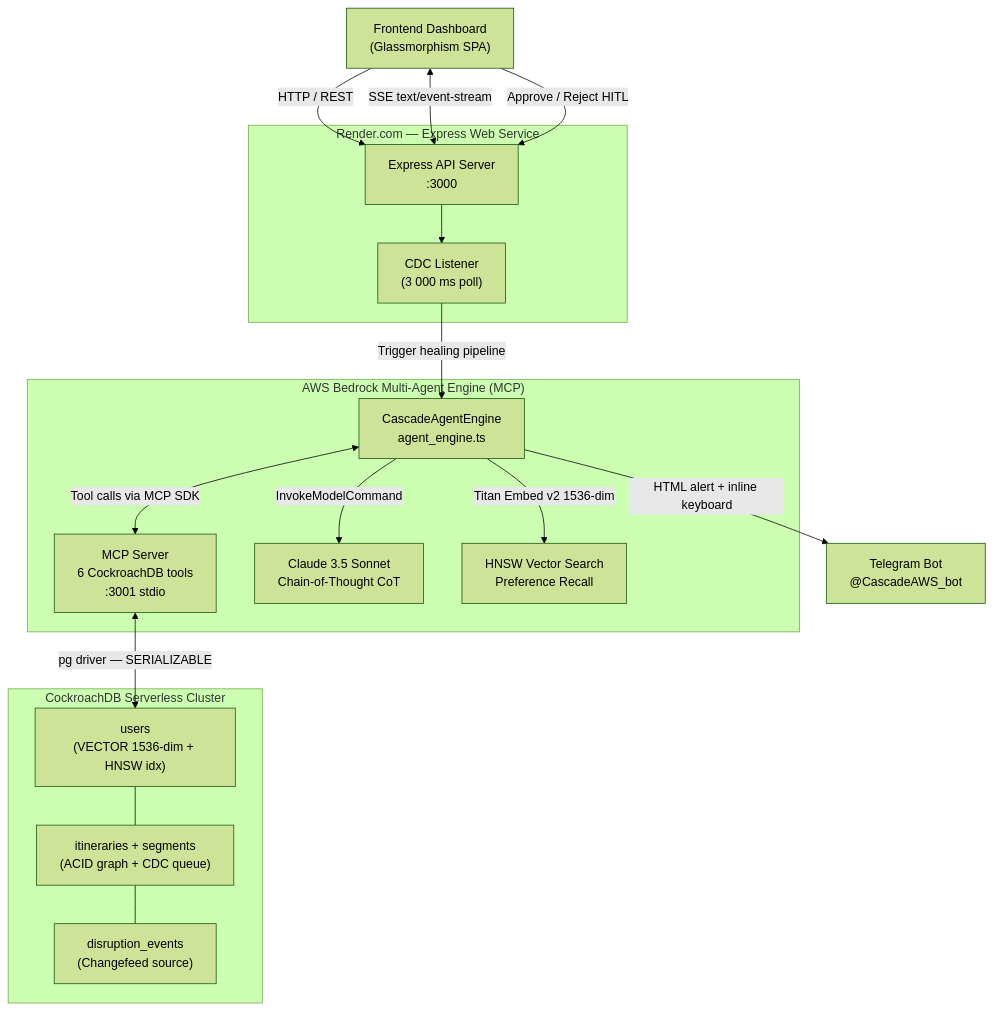
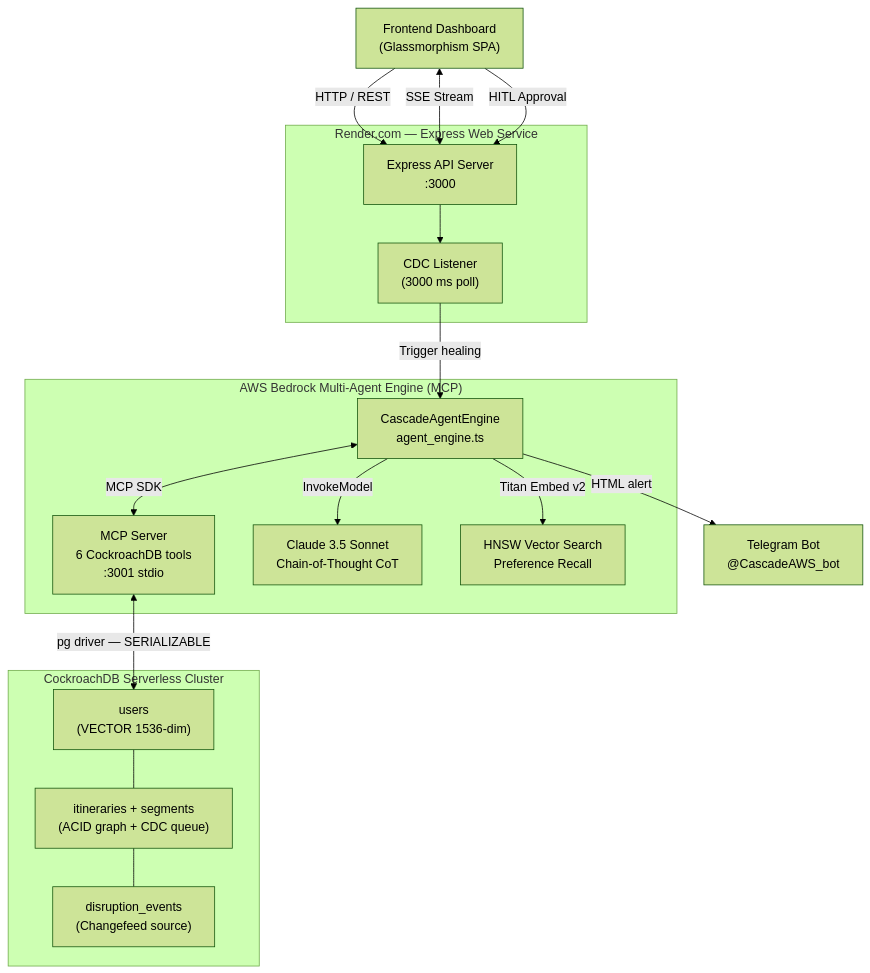
Before and after one commit to Shvirlok/Cascade: the diagram in README.md, drawn with Mermaid (forest theme). The commit also changed other lines of this file, not shown here.

````diff
--- a/README.md
+++ b/README.md
@@ -66,33 +62,36 @@
 ```mermaid
 flowchart TD
-    A["Frontend Dashboard\n(Glassmorphism SPA)"] -->|HTTP / REST| B
-    A <-->|SSE text/event-stream| B
+    A["Frontend Dashboard\n(Glassmorphism SPA)"] -->|HTTP / REST| B["Express API Server\n:3000"]
+    A <-->|SSE Stream| B
+    A -->|HITL Approval| B
 
-    subgraph RENDER["Render.com — Express Web Service"]
-        B["Express API Server\n:3000"]
-        C["CDC Listener\n(3 000 ms poll)"]
+    subgraph RENDER ["Render.com — Express Web Service"]
+        B
+        C["CDC Listener\n(3000 ms poll)"]
         B --> C
     end
 
-    C -->|Trigger healing pipeline| D
+    C -->|Trigger healing| D
 
-    subgraph BEDROCK["AWS Bedrock Multi-Agent Engine (MCP)"]
+    subgraph BEDROCK ["AWS Bedrock Multi-Agent Engine (MCP)"]
         D["CascadeAgentEngine\nagent_engine.ts"]
         E["MCP Server\n6 CockroachDB tools\n:3001 stdio"]
-        D <-->|Tool calls via MCP SDK| E
-        D -->|InvokeModelCommand| F["Claude 3.5 Sonnet\nChain-of-Thought CoT"]
-        D -->|Titan Embed v2 1536-dim| G["HNSW Vector Search\nPreference Recall"]
+        F["Claude 3.5 Sonnet\nChain-of-Thought CoT"]
+        G["HNSW Vector Search\nPreference Recall"]
+        
+        D <-->|MCP SDK| E
+        D -->|InvokeModel| F
+        D -->|Titan Embed v2| G
     end
 
     E <-->|pg driver — SERIALIZABLE| H
 
-    subgraph CRDB["CockroachDB Serverless Cluster"]
-        H["users\n(VECTOR 1536-dim + HNSW idx)"]
+    subgraph CRDB ["CockroachDB Serverless Cluster"]
+        H["users\n(VECTOR 1536-dim)"]
         I["itineraries + segments\n(ACID graph + CDC queue)"]
         J["disruption_events\n(Changefeed source)"]
         H --- I --- J
     end
 
-    D -->|HTML alert + inline keyboard| K["Telegram Bot\n@CascadeAWS_bot"]
-    A -->|Approve / Reject HITL| B
+    D -->|HTML alert| K["Telegram Bot\n@CascadeAWS_bot"]
 ```
````
